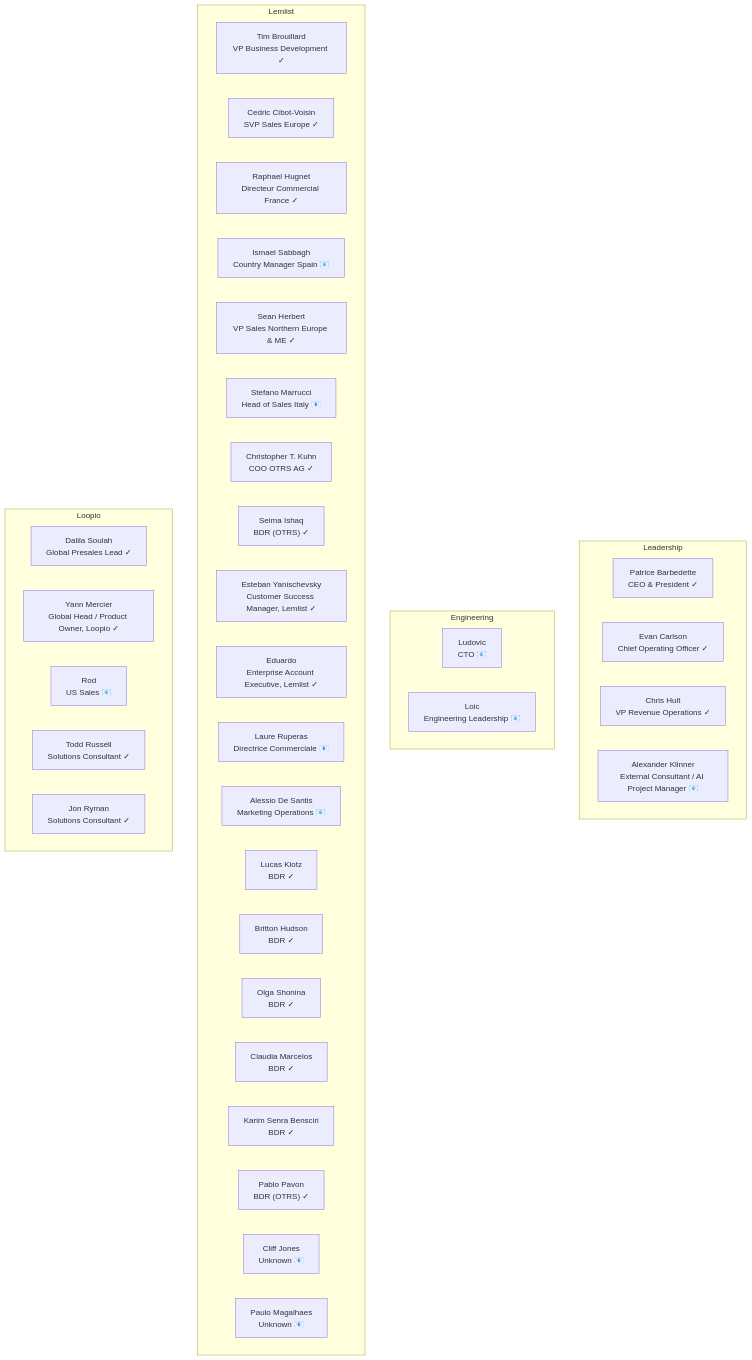
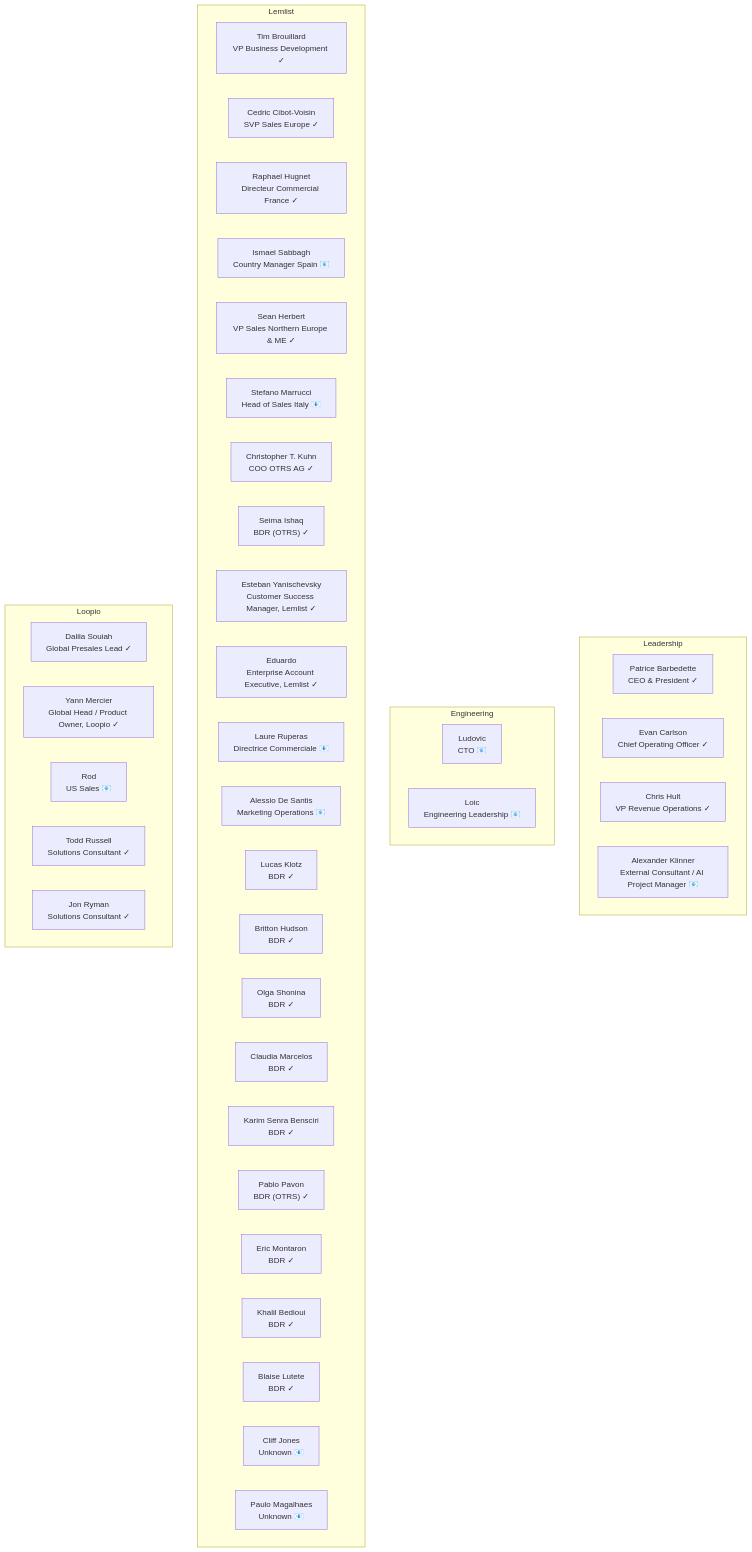
One commit to pqsoccerboy17/EasyVista changed the diagram in clients/easyvista/easyvista-stakeholders.mermaid. Above: the diagram before and after it, drawn with Mermaid. The commit also changed 8 other files, not shown here.

````diff
--- a/clients/easyvista/easyvista-stakeholders.mermaid
+++ b/clients/easyvista/easyvista-stakeholders.mermaid
@@ -1,42 +1,45 @@
 ```mermaid
 flowchart TB
     subgraph Leadership
         Patrice_Barbedette["Patrice Barbedette<br/>CEO & President ✓"]
         Evan_Carlson["Evan Carlson<br/>Chief Operating Officer ✓"]
         Chris_Hult["Chris Hult<br/>VP Revenue Operations ✓"]
         Alexander_Klinner["Alexander Klinner<br/>External Consultant / AI Project Manager 📧"]
     end
     subgraph Engineering
         Ludovic["Ludovic<br/>CTO 📧"]
         Loic["Loic<br/>Engineering Leadership 📧"]
     end
     subgraph Lemlist
         Tim_Brouillard["Tim Brouillard<br/>VP Business Development ✓"]
         Cedric_Cibot-Voisin["Cedric Cibot-Voisin<br/>SVP Sales Europe ✓"]
         Raphael_Hugnet["Raphael Hugnet<br/>Directeur Commercial France ✓"]
         Ismael_Sabbagh["Ismael Sabbagh<br/>Country Manager Spain 📧"]
         Sean_Herbert["Sean Herbert<br/>VP Sales Northern Europe & ME ✓"]
         Stefano_Marrucci["Stefano Marrucci<br/>Head of Sales Italy 📧"]
         Christopher_T._Kuhn["Christopher T. Kuhn<br/>COO OTRS AG ✓"]
         Seima_Ishaq["Seima Ishaq<br/>BDR (OTRS) ✓"]
         Esteban_Yanischevsky["Esteban Yanischevsky<br/>Customer Success Manager, Lemlist ✓"]
         Eduardo["Eduardo<br/>Enterprise Account Executive, Lemlist ✓"]
         Laure_Ruperas["Laure Ruperas<br/>Directrice Commerciale 📧"]
         Alessio_De_Santis["Alessio De Santis<br/>Marketing Operations 📧"]
         Lucas_Klotz["Lucas Klotz<br/>BDR ✓"]
         Britton_Hudson["Britton Hudson<br/>BDR ✓"]
         Olga_Shonina["Olga Shonina<br/>BDR ✓"]
         Claudia_Marcelos["Claudia Marcelos<br/>BDR ✓"]
         Karim_Senra_Bensciri["Karim Senra Bensciri<br/>BDR ✓"]
         Pablo_Pavon["Pablo Pavon<br/>BDR (OTRS) ✓"]
+        Eric_Montaron["Eric Montaron<br/>BDR ✓"]
+        Khalil_Bedioui["Khalil Bedioui<br/>BDR ✓"]
+        Blaise_Lutete["Blaise Lutete<br/>BDR ✓"]
         Cliff_Jones["Cliff Jones<br/>Unknown 📧"]
         Paulo_Magalhaes["Paulo Magalhaes<br/>Unknown 📧"]
     end
     subgraph Loopio
         Dalila_Souiah["Dalila Souiah<br/>Global Presales Lead ✓"]
         Yann_Mercier["Yann Mercier<br/>Global Head / Product Owner, Loopio ✓"]
         Rod["Rod<br/>US Sales 📧"]
         Todd_Russell["Todd Russell<br/>Solutions Consultant ✓"]
         Jon_Ryman["Jon Ryman<br/>Solutions Consultant ✓"]
     end
 ```
````
